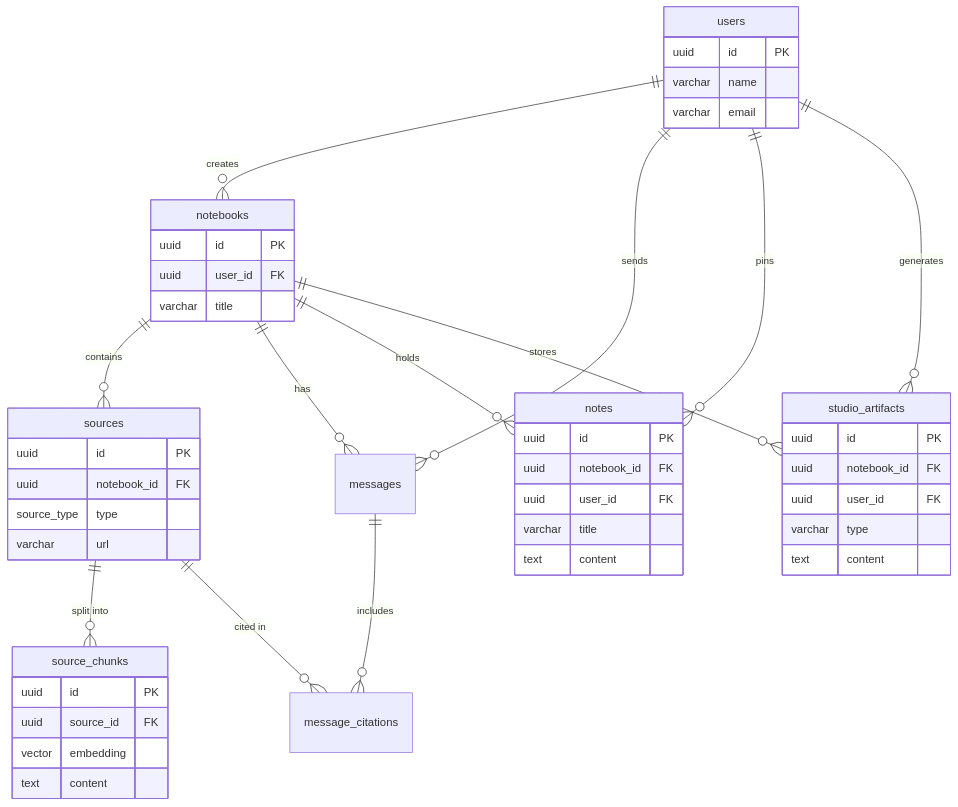
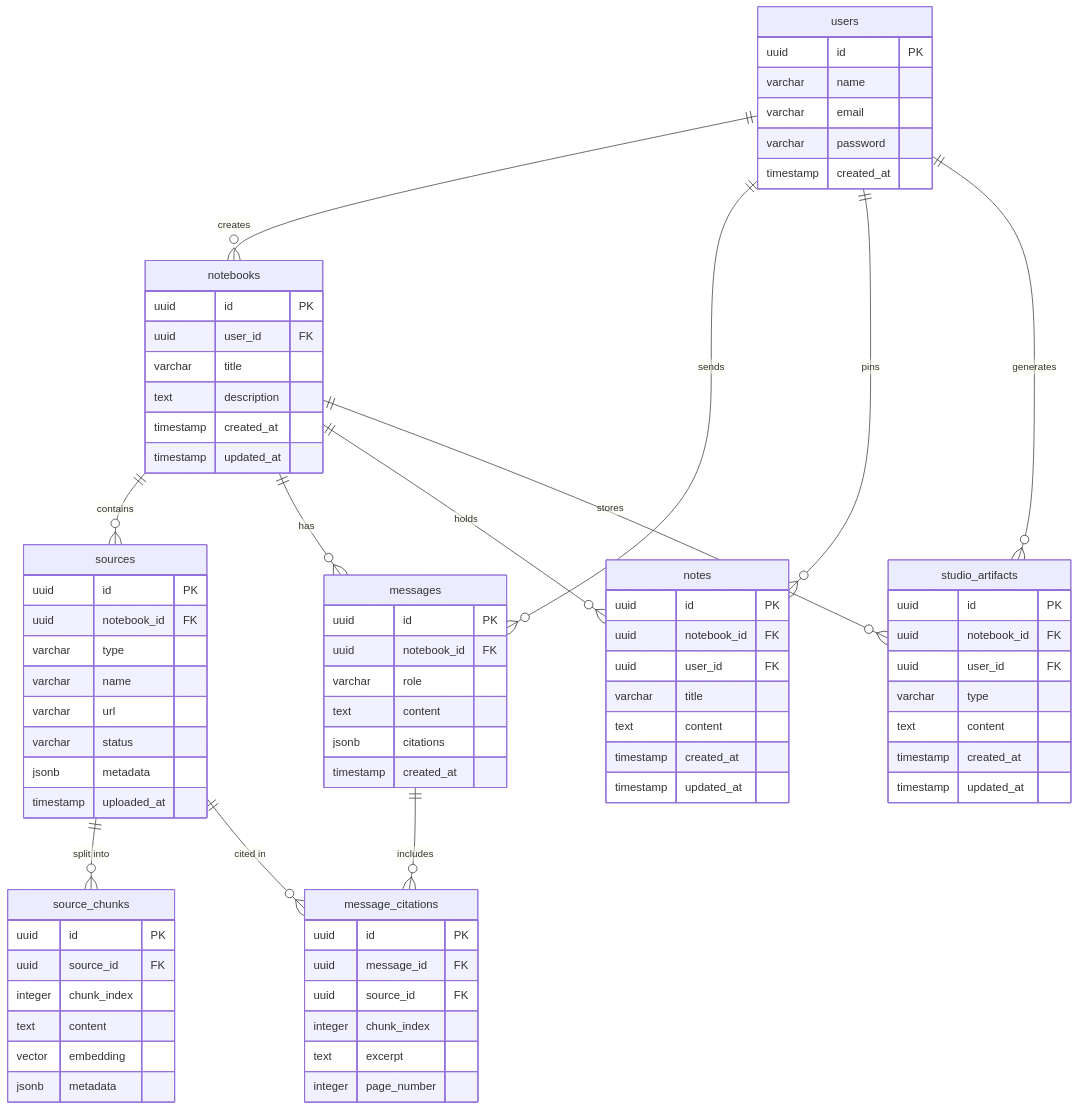
The second of 2 diagrams in README.md (arunava2018/SourceMind), drawn with Mermaid before and after one commit. The commit also changed other lines of this file and 5 other files, not shown here.

````diff
--- a/README.md
+++ b/README.md
@@ -98,51 +98,82 @@
 ```mermaid
 erDiagram
     users ||--o{ notebooks : "creates"
     users ||--o{ messages : "sends"
     users ||--o{ notes : "pins"
     users ||--o{ studio_artifacts : "generates"
     notebooks ||--o{ sources : "contains"
     notebooks ||--o{ messages : "has"
     notebooks ||--o{ notes : "holds"
     notebooks ||--o{ studio_artifacts : "stores"
     sources ||--o{ source_chunks : "split into"
     sources ||--o{ message_citations : "cited in"
     messages ||--o{ message_citations : "includes"
 
     users {
         uuid id PK
         varchar name
         varchar email
+        varchar password
+        timestamp created_at
     }
     notebooks {
         uuid id PK
         uuid user_id FK
         varchar title
+        text description
+        timestamp created_at
+        timestamp updated_at
     }
     sources {
         uuid id PK
         uuid notebook_id FK
-        source_type type
+        varchar type
+        varchar name
         varchar url
+        varchar status
+        jsonb metadata
+        timestamp uploaded_at
     }
     source_chunks {
         uuid id PK
         uuid source_id FK
+        integer chunk_index
+        text content
         vector embedding
+        jsonb metadata
+    }
+    messages {
+        uuid id PK
+        uuid notebook_id FK
+        varchar role
         text content
+        jsonb citations
+        timestamp created_at
+    }
+    message_citations {
+        uuid id PK
+        uuid message_id FK
+        uuid source_id FK
+        integer chunk_index
+        text excerpt
+        integer page_number
     }
     notes {
         uuid id PK
         uuid notebook_id FK
         uuid user_id FK
         varchar title
         text content
+        timestamp created_at
+        timestamp updated_at
     }
     studio_artifacts {
         uuid id PK
         uuid notebook_id FK
         uuid user_id FK
         varchar type
         text content
+        timestamp created_at
+        timestamp updated_at
     }
 ```
````
